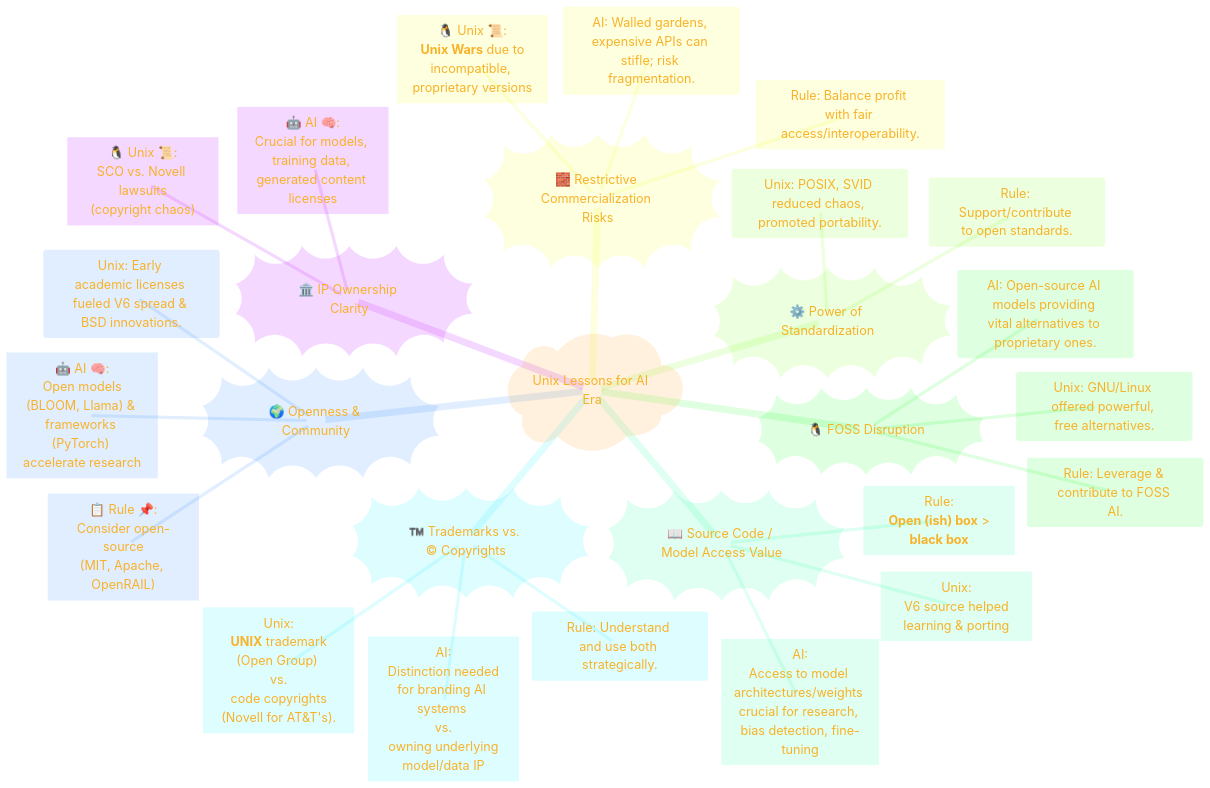
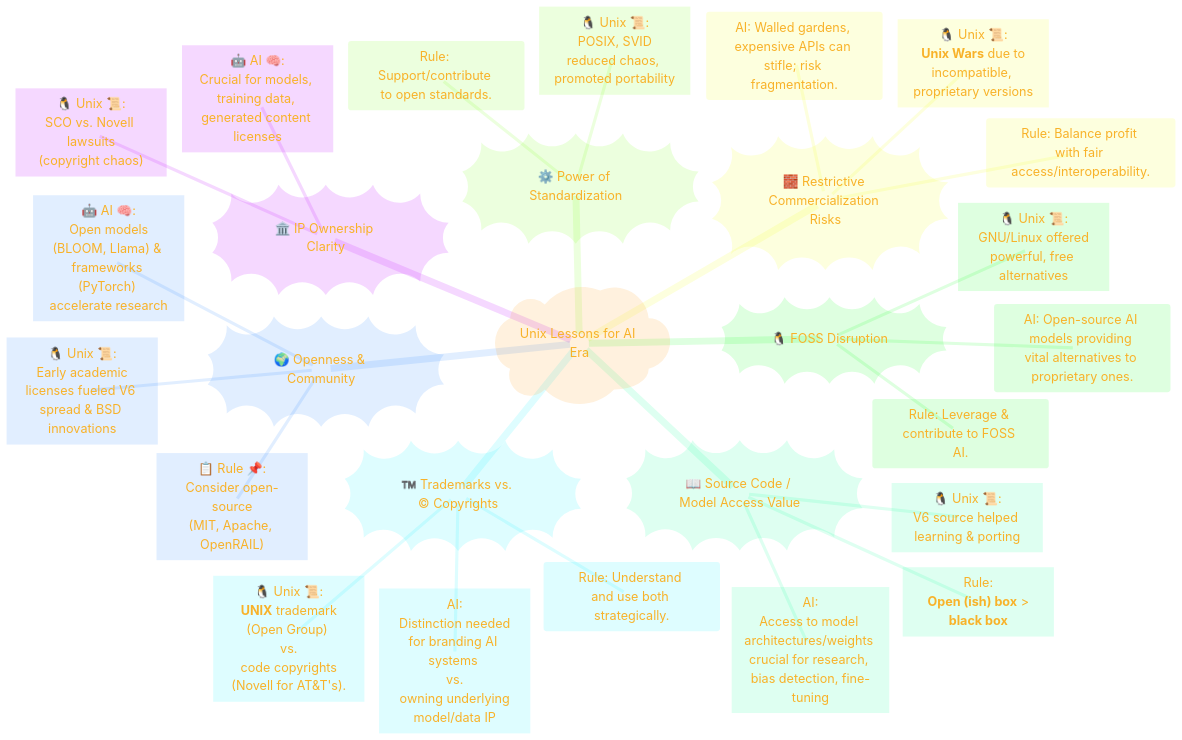
Before and after one commit to CongLeSolutionX/Digital-Bedrock-Landscape: the fourth of 7 diagrams in THE_PAST/PART-4_Consolidated_info.md, drawn with Mermaid.

````diff
--- a/THE_PAST/PART-4_Consolidated_info.md
+++ b/THE_PAST/PART-4_Consolidated_info.md
@@ -275,67 +275,67 @@
 ```mermaid
 ---
 title: "Lessons from Unix for the AI Era: A Guiding Light"
 author: "Cong Le"
 version: "1.0"
 license(s): "MIT, CC BY 4.0"
 copyright: "Copyright (c) 2025 Cong Le. All Rights Reserved."
 config:
   theme: base
 ---
 %%%%%%%% Mermaid version v11.4.1-b.14
 %%{
   init: {
     'fontFamily': 'American Typewriter',
     'mindmap': {
 	    'nodeAlign': 'center',
 	    'padding': 20
     },
     'themeVariables': {
       'primaryColor': '#FC82',
       'primaryTextColor': '#F8B229',
       'primaryBorderColor': '#27AE60',
       'secondaryColor': '#EBF3',
       'secondaryTextColor': '#6C3483',
       'secondaryBorderColor': '#A569BD',
       'fontSize': '20px'
     }
   }
 }%%
 mindmap
   root)"Unix Lessons for AI Era"(
     IP_Ownership_Clarity))"🏛️ IP Ownership Clarity"((
       ::icon(fa fa-landmark)
       Unix["🐧 Unix 📜:<br/>SCO vs. Novell lawsuits<br/>(copyright chaos)"]
       AI["🤖 AI 🧠:<br/>Crucial for models, training data, generated content licenses"]
       %% Rule: Explicitly define rights! $$\\mathcal{L}_{AI} = f(\text{data}, \text{model}, \text{output})$$
     Openness_and_Community))"🌍 Openness & Community"((
       ::icon(fa fa-globe)
-      Unix: Early academic licenses fueled V6 spread & BSD innovations.
+      Unix["🐧 Unix 📜:<br/> Early academic licenses fueled V6 spread & BSD innovations"]
       AI["🤖 AI 🧠:<br/> Open models (BLOOM, Llama) & frameworks (PyTorch) accelerate research"]
       Rule["📋 Rule 📌:<br/>Consider open-source<br/>(MIT, Apache, OpenRAIL)"]
     Restrictive_Commercialization_Risks))"🧱 Restrictive Commercialization Risks"((
       ::icon(fa fa-store-slash)
       Unix["🐧 Unix 📜:<br/> **Unix Wars** due to incompatible, proprietary versions"]
       AI: Walled gardens, expensive APIs can stifle; risk fragmentation.
       Rule: Balance profit with fair access/interoperability.
     Power_of_Standardization))"⚙️ Power of Standardization"((
       ::icon(fa fa-cogs)
-      Unix: POSIX, SVID reduced chaos, promoted portability.
+      Unix["🐧 Unix 📜:<br/> POSIX, SVID reduced chaos, promoted portability"]
       %% AI: Needed for model formats (ONNX), APIs, data interchange, ethics.
       Rule: Support/contribute to open standards.
     FOSS_Disruption))"🐧 FOSS Disruption"((
       ::icon(fa fa-linux)
-      Unix: GNU/Linux offered powerful, free alternatives.
+      Unix["🐧 Unix 📜:<br/> GNU/Linux offered powerful, free alternatives"]
       AI: Open-source AI models providing vital alternatives to proprietary ones.
       Rule: Leverage & contribute to FOSS AI.
     Source_Code_Model_Access_Value))"📖 Source Code / Model Access Value"((
       ::icon(fa fa-book-open)
-      Unix["Unix:<br/> V6 source helped learning & porting"]
+      Unix["🐧 Unix 📜:<br/>V6 source helped learning & porting"]
       AI["AI:<br/>Access to model architectures/weights crucial for research, bias detection, fine-tuning"]
       Rule["Rule:<br/> **Open (ish) box** > **black box**"]
     Trademarks_vs_Copyrights))"™️ Trademarks vs. © Copyrights"((
       ::icon(fa fa-registered)
-      Unix["Unix:<br/> **UNIX** trademark (Open Group) <br/>vs.<br/> code copyrights (Novell for AT&T's)."]
+      Unix["🐧 Unix 📜:<br/> **UNIX** trademark (Open Group) <br/>vs.<br/> code copyrights (Novell for AT&T's)."]
       AI["AI:<br/> Distinction needed for branding AI systems <br/>vs.<br/> owning underlying model/data IP"]
       Rule: Understand and use both strategically.
 ```
````
